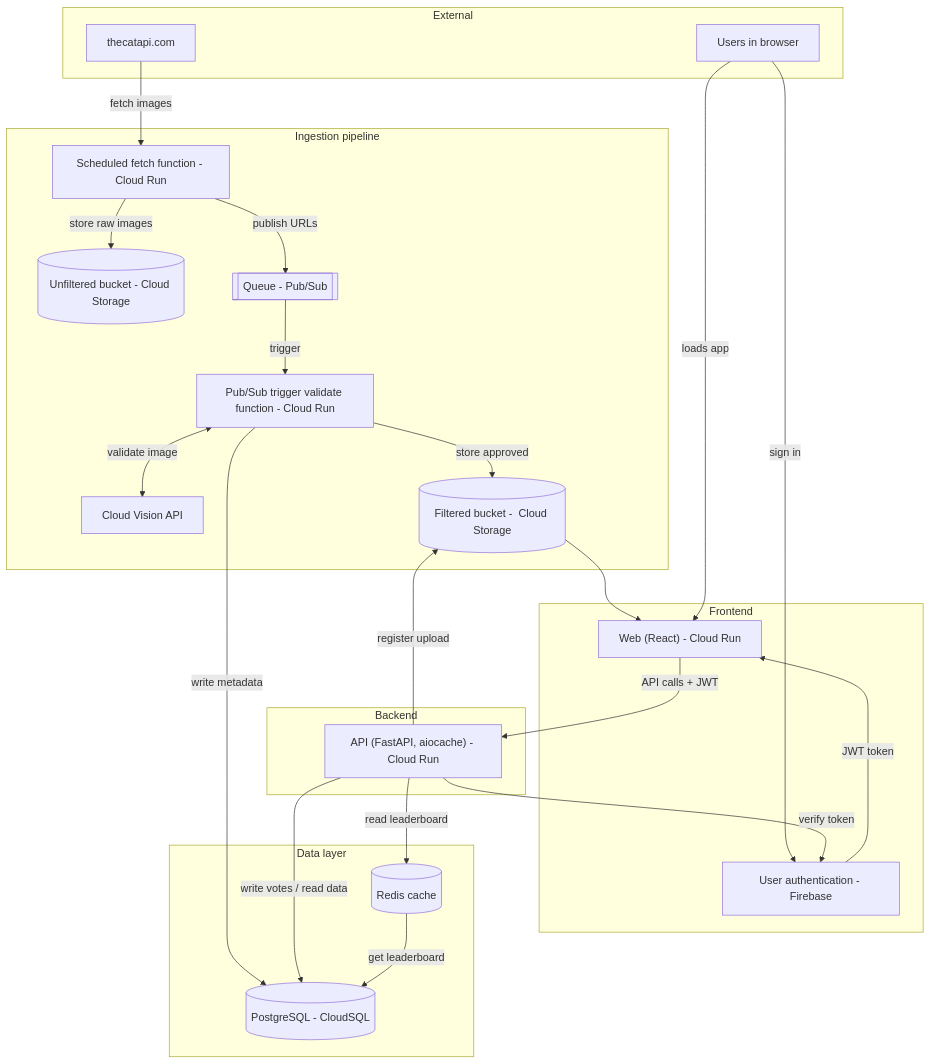
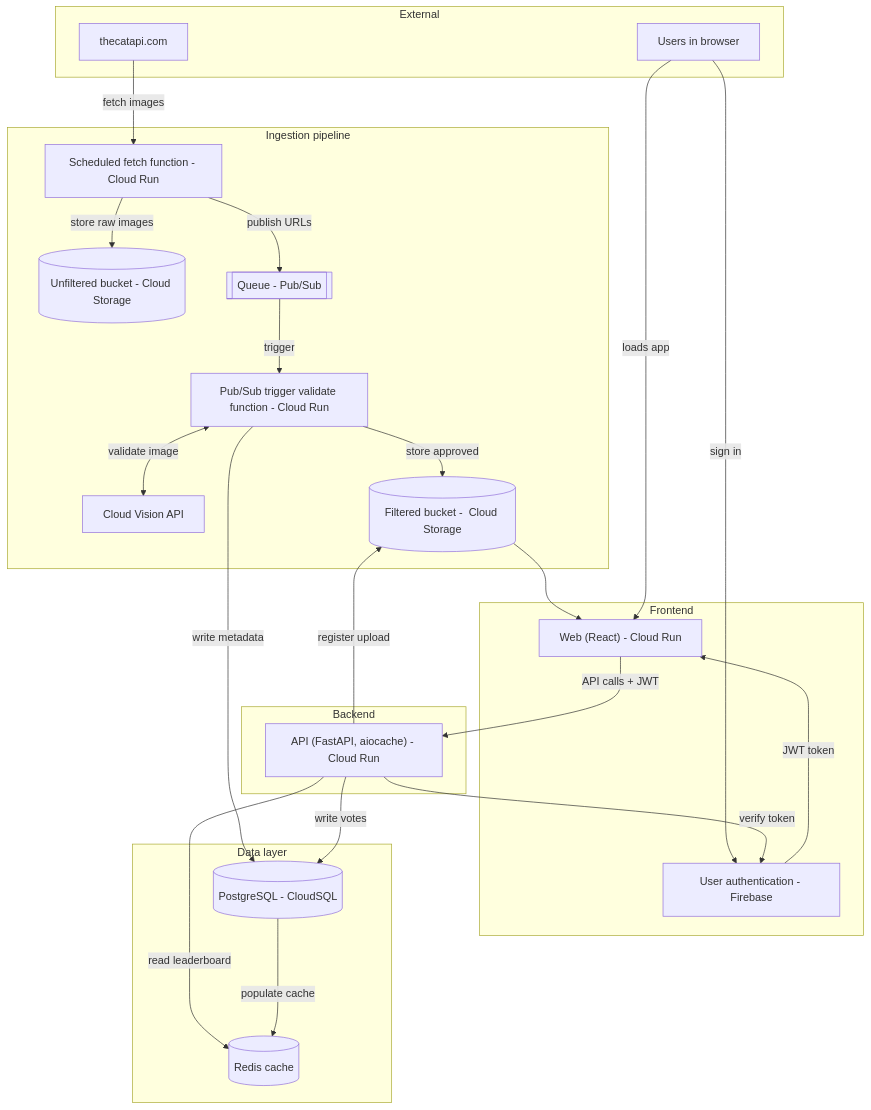
Before and after one commit to IgorLechoszest/CatVote: the diagram in README.md, drawn with Mermaid.

````diff
--- a/README.md
+++ b/README.md
@@ -3,50 +3,51 @@
 ```mermaid
 flowchart TD
   subgraph EXT["External"]
     CAT["thecatapi.com"]
     USER["Users in browser"]
   end
 
   subgraph FRONTEND["Frontend"]
     REACT["Web (React) - Cloud Run"]
     FBAUTH["User authentication - Firebase"]
   end
 
   subgraph INGEST["Ingestion pipeline"]
     FETCH["Scheduled fetch function - Cloud Run"]
     UNFILT[("Unfiltered bucket - Cloud Storage")]
     PUBSUB[["Queue - Pub/Sub"]]
     VALID["Pub/Sub trigger validate function - Cloud Run"]
     VISION["Cloud Vision API"]
     FILT[("Filtered bucket -  Cloud Storage")]
   end
 
   subgraph APPSERVER["Backend"]
     FASTAPI["API (FastAPI, aiocache) - Cloud Run"]
   end
 
   subgraph DATA["Data layer"]
     PG[("PostgreSQL - CloudSQL")]
     REDIS[("Redis cache")]
   end
 
   CAT -->|"fetch images"| FETCH
   FETCH -->|"store raw images"| UNFILT
   FETCH -->|"publish URLs"| PUBSUB
   PUBSUB -->|"trigger"| VALID
   VALID <-->|"validate image"| VISION
   VALID -->|"store approved"| FILT
   VALID -->|"write metadata"| PG
   FILT --> REACT
 
   USER -->|"loads app"| REACT
   USER -->|"sign in"| FBAUTH
   FBAUTH -->|"JWT token"| REACT
   REACT -->|"API calls + JWT"| FASTAPI
   FASTAPI -->|"verify token"| FBAUTH
   FASTAPI -->|"read leaderboard"| REDIS
-  FASTAPI -->|"write votes / read data"| PG
+  PG --->|"populate cache"| REDIS
+  FASTAPI -->|"write votes"| PG
   FASTAPI -->|"register upload"| FILT
-  REDIS -->|"get leaderboard"| PG
+
 
 ```
````
